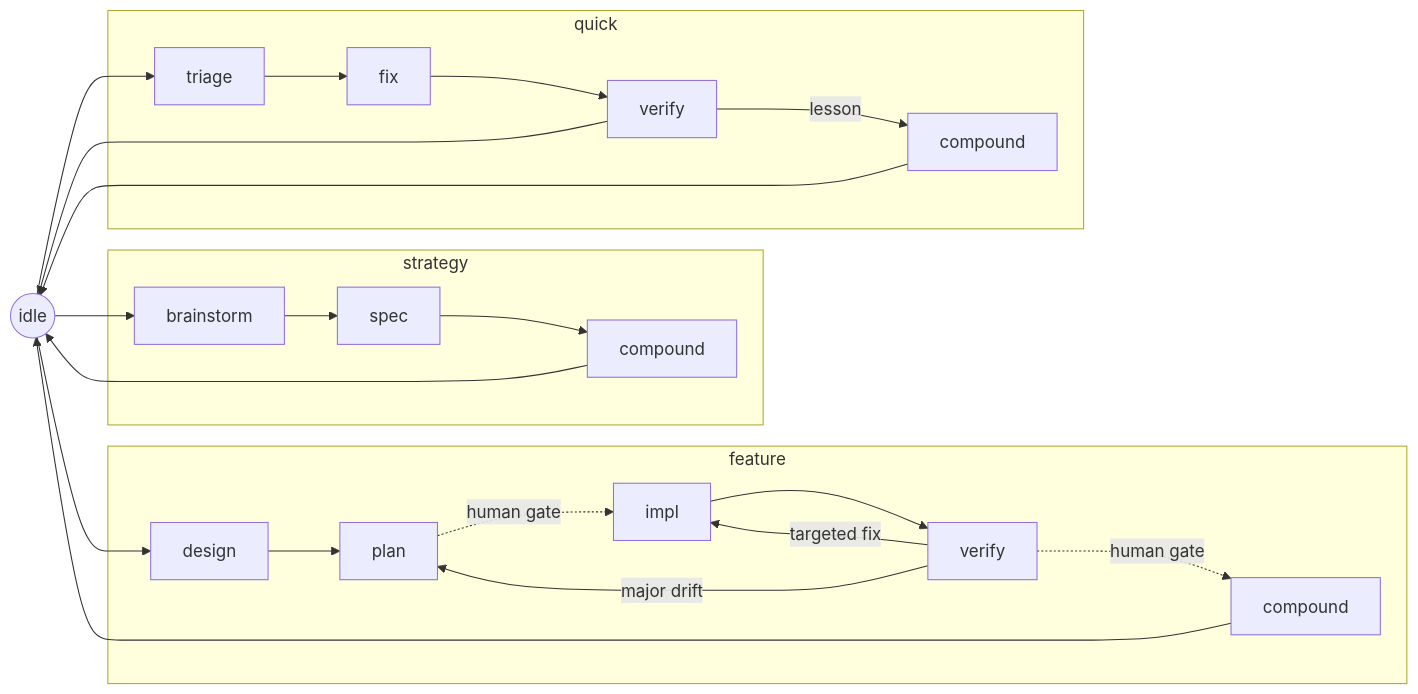
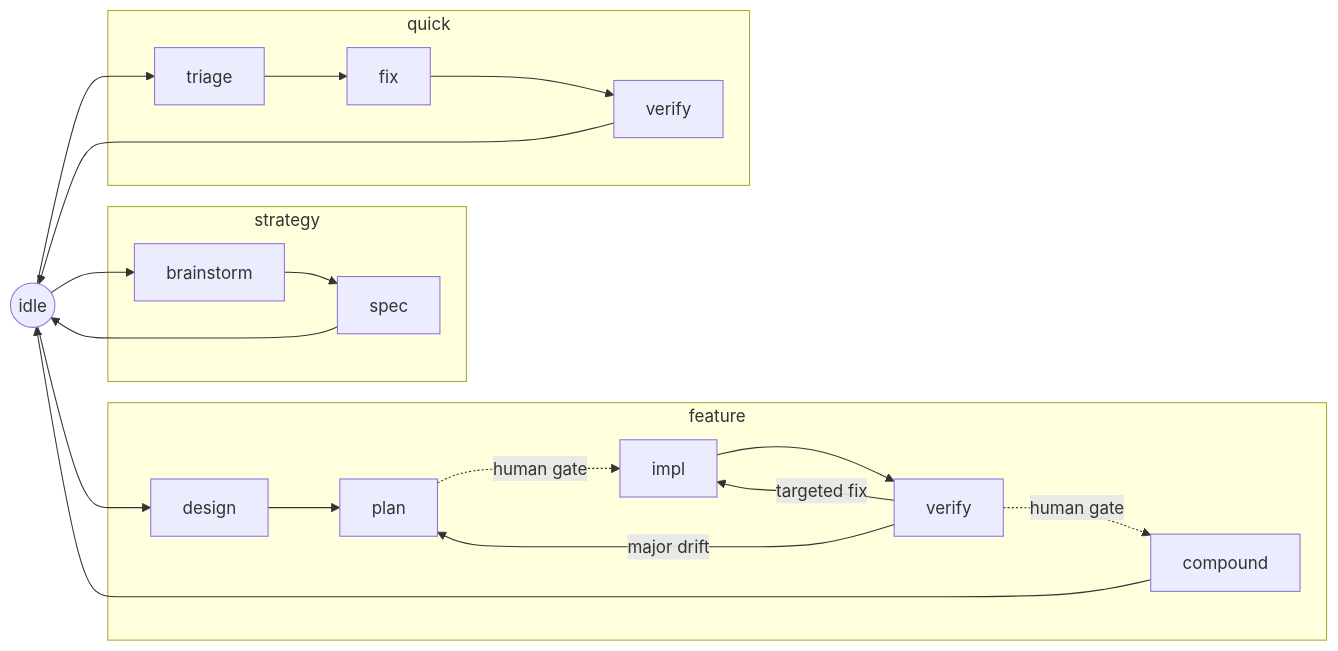
The diagram in README.md (LennardZuendorf/vibe), drawn with Mermaid before and after one commit. The commit also changed other lines of this file and 30 other files, not shown here.

First line of the commit message:
refactor(flow): cut caveman, amend, dead states

````diff
--- a/README.md
+++ b/README.md
@@ -118,23 +118,21 @@
 ```mermaid
 flowchart LR
     I((idle)) --> SB
     subgraph strategy
-        SB[brainstorm] --> SS[spec] --> SC[compound]
+        SB[brainstorm] --> SS[spec]
     end
     subgraph feature
         D[design] --> P[plan] -. human gate .-> IM[impl] --> V[verify]
         V -. human gate .-> C[compound]
         V -->|targeted fix| IM
         V -->|major drift| P
     end
     subgraph quick
         T[triage] --> F[fix] --> QV[verify]
-        QV -->|lesson| QC[compound]
     end
     I --> D
     I --> T
-    SC --> I
+    SS --> I
     C --> I
     QV --> I
-    QC --> I
 ```
````
